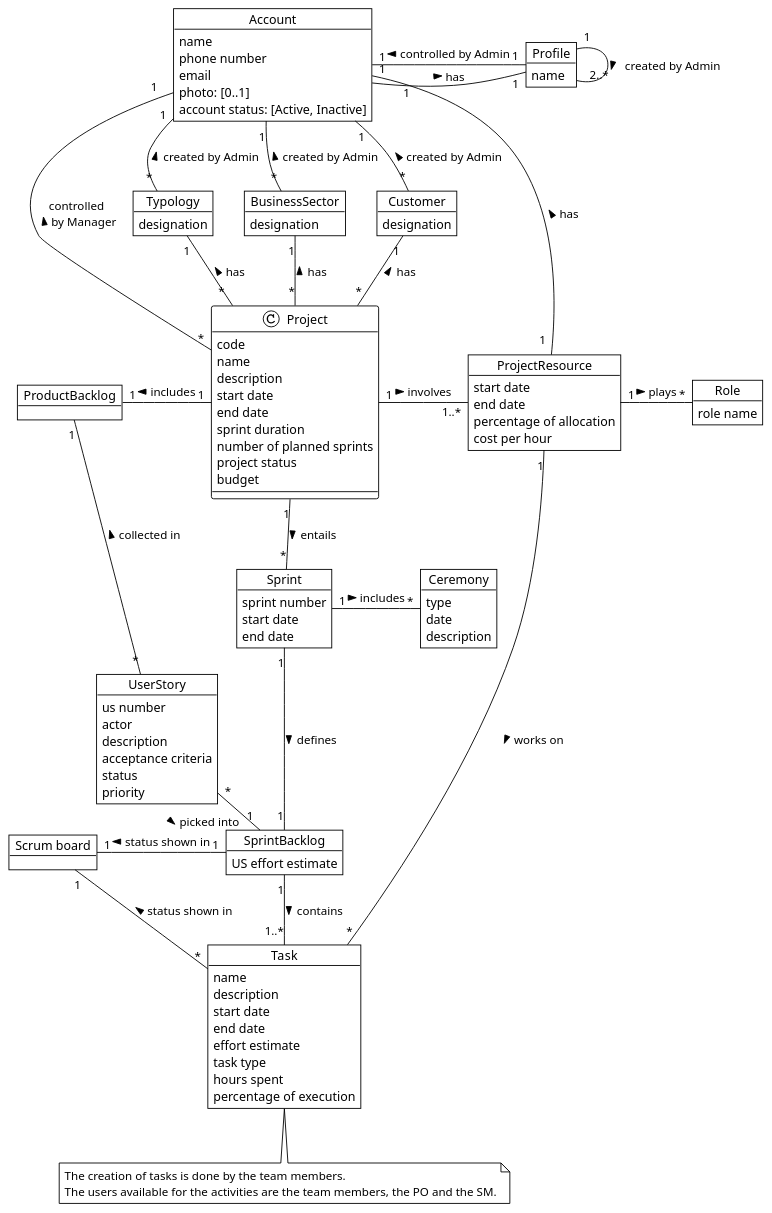
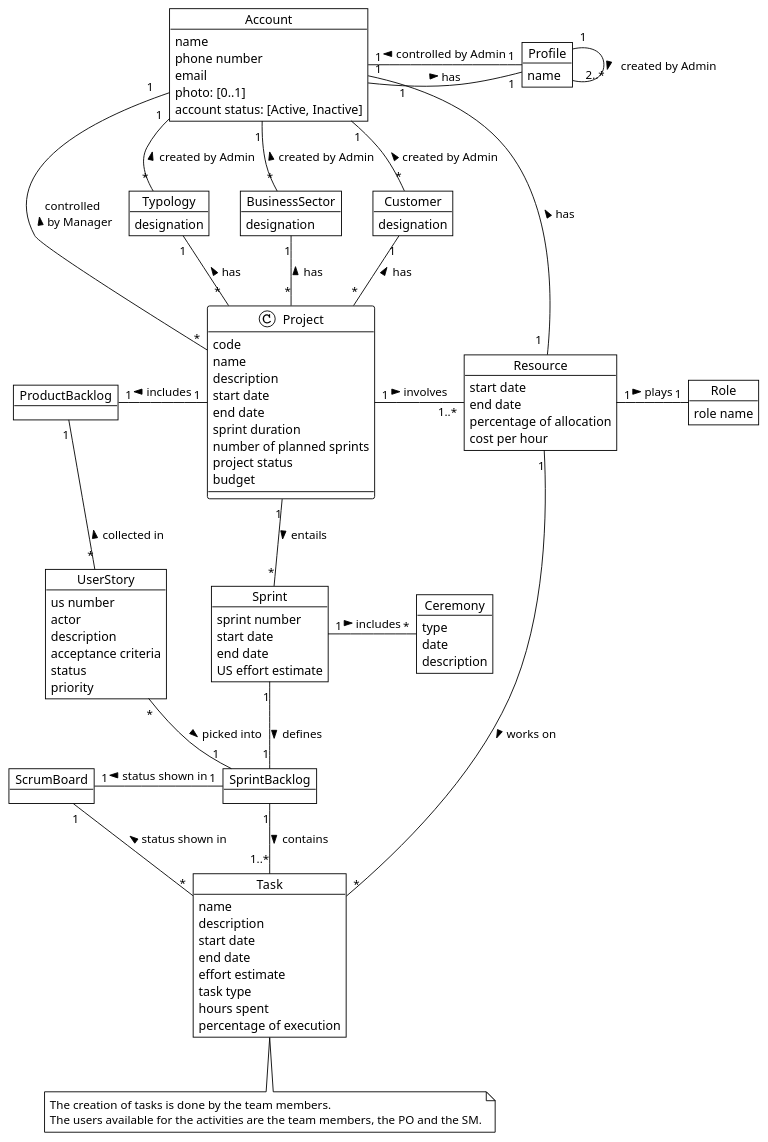
One commit to ivo-menezes/project_g3 changed the diagram in docs/modelling_design/domain_model_diagram/domain_model_diagram.puml. Above: the diagram before and after it, drawn with PlantUML.

Commit message:
Domain Model : Analysis : Updates

```diff
--- a/docs/modelling_design/domain_model_diagram/domain_model_diagram.puml
+++ b/docs/modelling_design/domain_model_diagram/domain_model_diagram.puml
@@ -1,140 +1,123 @@
  @startuml
 !theme plain
-
-'skinparam linetype polyline
-
-'--- part relevant to sprint 1
 
 Object Account {
 name
 phone number
 email
 photo: [0..1]
 account status: [Active, Inactive]
 }
 
 Object Profile {
 name
 }
 
-Object "ProjectResource" as PR {
+Object Resource {
 start date
 end date
 percentage of allocation
 cost per hour
 }
 
 Account "        1"-right- "    1" Profile : has >
 Account "1"-- "1" Profile : controlled by Admin <
 Account "1   " --- "*" Project : controlled \n by Manager <
-Account "1" -right- " 1  " PR : has <
-PR "1..*" -left- "1" Project : involves <
+Account "1" -right- " 1  " Resource : has <
+Resource "1..*" -left- "1" Project : involves <
 
 Object Typology {
 designation
 }
 
 Account "1" -down-"*" Typology : created by Admin <
 Typology "1" -- "                                   *" Project : has <
 
-Object "BusinessSector" as BS {
+Object BusinessSector {
 designation
 }
 
-Account "1" -down- "*" BS : created by Admin <
-BS "1" -- "*" Project : has <
+Account "1" -down- "*" BusinessSector : created by Admin <
+BusinessSector "1" -- "*" Project : has <
 
 Object Customer {
 designation
 }
 
 Account "1" -down- "*" Customer : created by Admin <
 Customer "1" -- "*" Project : has <
 
 Object Project {
 code
 name
 description
 start date
 end date
 sprint duration
 number of planned sprints
 project status
 budget
-' Report could be its own conceptual class, but we are not modelling with detail yet
-'Report
 }
 
-' following the Association Class Role pattern (Fig.11) from "Modeling Roles"
-' Role attributes does not include Project Code because Larman says to avoid attributes that are like "foreign keys" (p.126)
 Object Role {
 role name
 }
 
+Object ProductBacklog
 
-' here "Controls" includes "creates,lists,changes profile, activates, inactivates"
-' following Larman p.113 to be parsimonious about associations
-
-
-'--- additional stuff, not much detail for sprint 1
-' put enduml tag before this comment to shorten diagram
-Object "ProductBacklog" as PB
-
-Object "UserStory" as US {
+Object UserStory {
 us number
 actor
 description
 acceptance criteria
 status
 priority
 }
 
 Object Sprint {
 sprint number
 start date
 end date
+US effort estimate
 }
 
 Object Ceremony {
 type
 date
 description
 }
 
-Object "SprintBacklog" as SB {
-US effort estimate
+Object SprintBacklog {
 }
 
-Object "Scrum board" as SC
+Object ScrumBoard
 
 Object Task {
 name
 description
 start date
 end date
 effort estimate
 task type
 hours spent
 percentage of execution
 }
 
 Profile "1" -down- "  2..*" Profile: created by Admin >
 Project "1" -down- "*" Sprint: entails >
-Project "1" -left- "1" PB: includes >
-PB "1" -down- "*" US: collected in <
-Sprint "1" -down- "1" SB: defines >
+Project "1" -left- "1" ProductBacklog: includes >
+ProductBacklog "1" -down- "*" UserStory: collected in <
+Sprint "1" -down- "1" SprintBacklog: defines >
 Sprint "1" -right- "*" Ceremony: includes >
-US "*" -right- "1" SB: picked into >
+UserStory "*" -- "1" SprintBacklog: picked into >
 
-PR "1" -right- "*" Role : plays >
-SB "1" -down- "   1..*" Task: contains >
-SB "1" -left- "1" SC: status shown in >
-PR "1" -down- "*" Task: works on >
-SC "1" -down- "*" Task: status shown in <
-' note on link: The creation of tasks is done by the team members.
-' The users available for the activities are the team members, the PO and the SM.
+Resource "1" -right- "1" Role : plays >
+SprintBacklog "1" -down- "   1..*" Task: contains >
+SprintBacklog "1" -left- "1" ScrumBoard: status shown in >
+Resource "1" -down- "*" Task: works on >
+ScrumBoard "1" -down- "*" Task: status shown in <
 
 note "The creation of tasks is done by the team members.\nThe users available for the activities are the team members, the PO and the SM." as N1
 Task .down. N1
 
 @enduml
```
